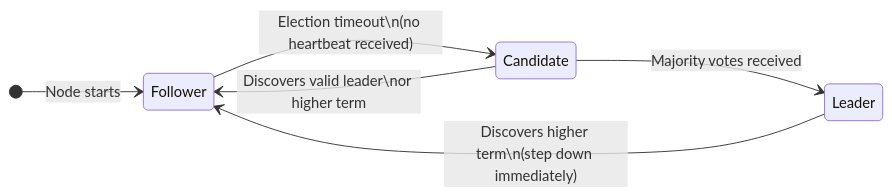
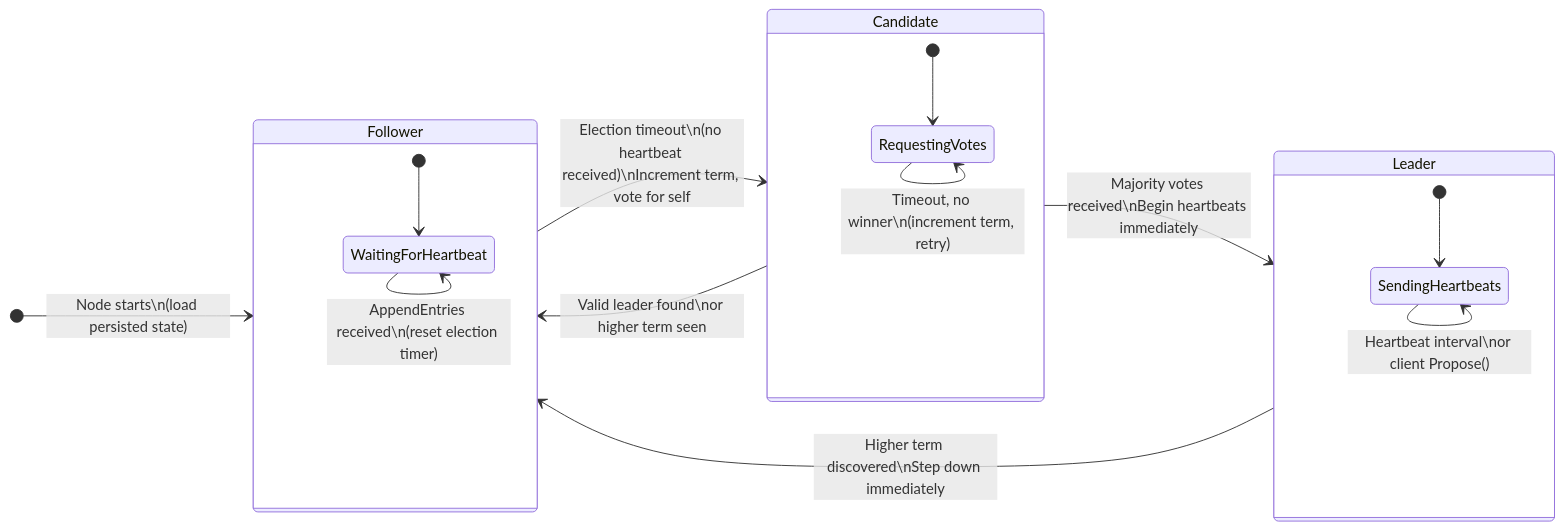
Before and after one commit to DynamicRaftKV/dynamic-raft-kv: the second of 4 diagrams in README.md, drawn with Mermaid. The commit also changed other lines of this file, not shown here.

Commit message:
docs: replace ASCII diagrams with Mermaid, polish README visuals

````diff
--- a/README.md
+++ b/README.md
@@ -120,10 +121,25 @@
 ```mermaid
 stateDiagram-v2
     direction LR
-    [*] --> Follower : Node starts
+    [*] --> Follower : Node starts\n(load persisted state)
 
-    Follower --> Candidate : Election timeout\n(no heartbeat received)
-    Candidate --> Leader : Majority votes received
-    Candidate --> Follower : Discovers valid leader\nor higher term
-    Leader --> Follower : Discovers higher term\n(step down immediately)
+    state Follower {
+        [*] --> WaitingForHeartbeat
+        WaitingForHeartbeat --> WaitingForHeartbeat : AppendEntries received\n(reset election timer)
+    }
+
+    state Candidate {
+        [*] --> RequestingVotes
+        RequestingVotes --> RequestingVotes : Timeout, no winner\n(increment term, retry)
+    }
+
+    state Leader {
+        [*] --> SendingHeartbeats
+        SendingHeartbeats --> SendingHeartbeats : Heartbeat interval\nor client Propose()
+    }
+
+    Follower --> Candidate : Election timeout\n(no heartbeat received)\nIncrement term, vote for self
+    Candidate --> Leader : Majority votes received\nBegin heartbeats immediately
+    Candidate --> Follower : Valid leader found\nor higher term seen
+    Leader --> Follower : Higher term discovered\nStep down immediately
 ```
````
